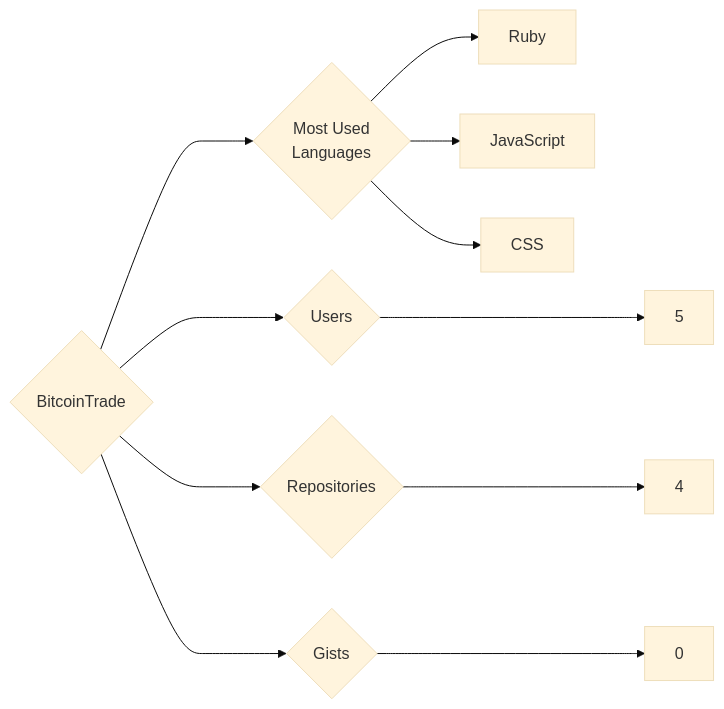
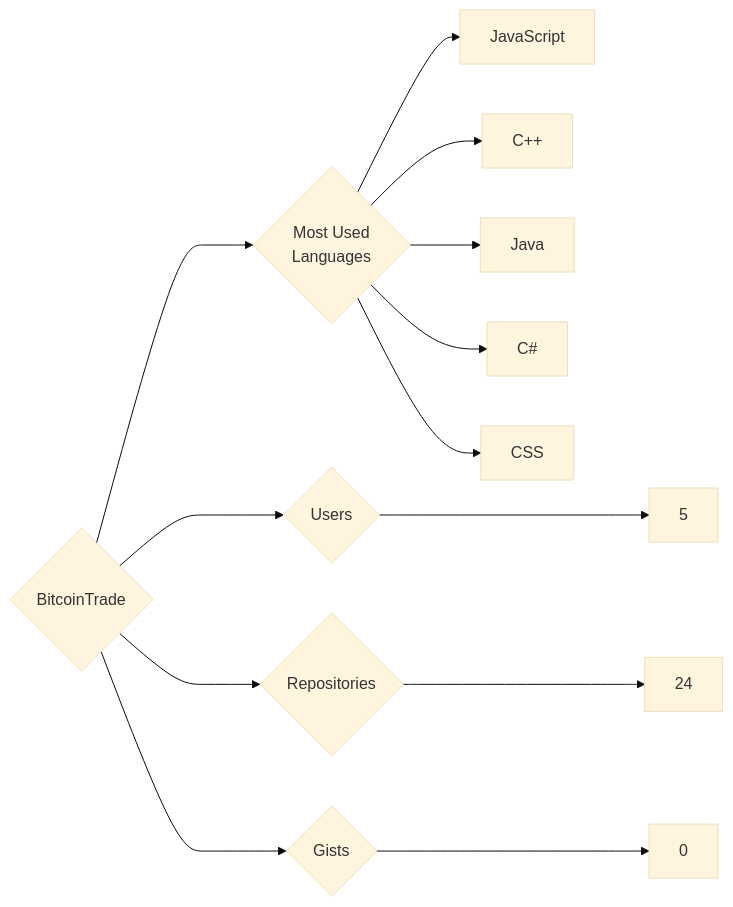
One commit to trickest/insiders changed the diagram in targets/BitcoinTrade/README.md. Above: the diagram before and after it, drawn with Mermaid (base theme). The commit also changed 976 other files, not shown here.

````diff
--- a/targets/BitcoinTrade/README.md
+++ b/targets/BitcoinTrade/README.md
@@ -3,11 +3,13 @@
 ```mermaid
 graph LR
 COMPANY_NAME{BitcoinTrade}
 COMPANY_NAME ---> U{Users} ---> UN[5]
-COMPANY_NAME ---> R{Repositories} ---> RN[4]
+COMPANY_NAME ---> R{Repositories} ---> RN[24]
 COMPANY_NAME ---> G{Gists} ---> GN[0]
 COMPANY_NAME ---> ML{Most Used<br>Languages}
-ML --> Ruby[Ruby]
 ML --> JavaScript[JavaScript]
+ML --> C++[C++]
+ML --> Java[Java]
+ML --> C#[C#]
 ML --> CSS[CSS]
 ```
````
